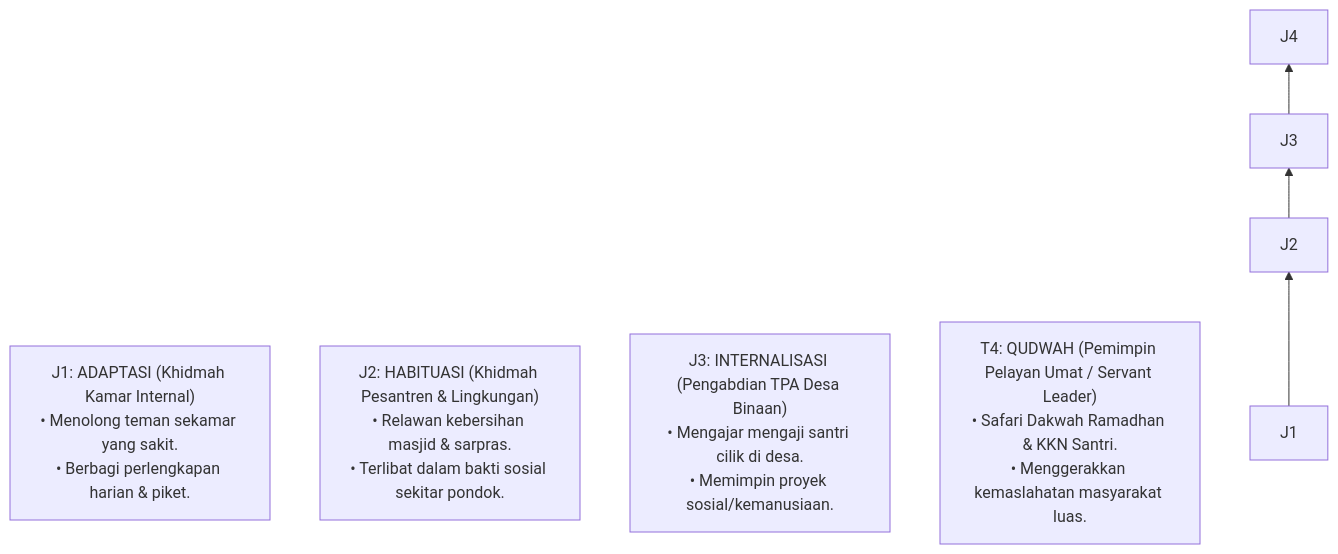
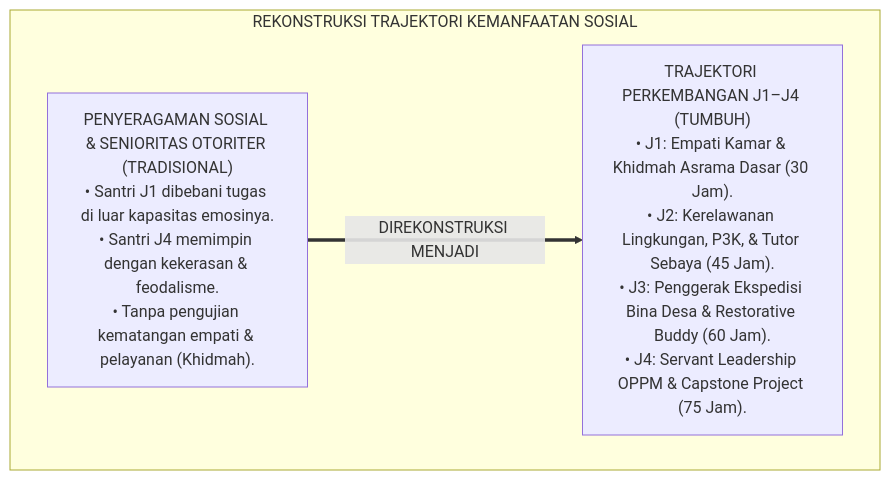
Before and after one commit to wandiapriliyandi/tumbuh: the first of 6 diagrams in 03 Capacity Framework/13 Nafi'un Lighairih/P3-13-08-Tahapan-Perkembangan-Jenjang-J1-J4.md, drawn with Mermaid. The commit also changed other lines of this file and 14 other files, not shown here.

````diff
--- a/03 Capacity Framework/13 Nafi'un Lighairih/P3-13-08-Tahapan-Perkembangan-Jenjang-J1-J4.md
+++ b/03 Capacity Framework/13 Nafi'un Lighairih/P3-13-08-Tahapan-Perkembangan-Jenjang-J1-J4.md
@@ -10,12 +57,10 @@
 ```mermaid
-graph BT
-    T1["J1: ADAPTASI (Khidmah Kamar Internal)<br/>• Menolong teman sekamar yang sakit.<br/>• Berbagi perlengkapan harian & piket."]
-    
-    T2["J2: HABITUASI (Khidmah Pesantren & Lingkungan)<br/>• Relawan kebersihan masjid & sarpras.<br/>• Terlibat dalam bakti sosial sekitar pondok."]
-    
-    T3["J3: INTERNALISASI (Pengabdian TPA Desa Binaan)<br/>• Mengajar mengaji santri cilik di desa.<br/>• Memimpin proyek sosial/kemanusiaan."]
-    
-    T4["T4: QUDWAH (Pemimpin Pelayan Umat / Servant Leader)<br/>• Safari Dakwah Ramadhan & KKN Santri.<br/>• Menggerakkan kemaslahatan masyarakat luas."]
-
-    J1 --> J2 --> J3 --> J4
+flowchart TD
+    subgraph TransformasiTrajektoriKhidmah["REKONSTRUKSI TRAJEKTORI KEMANFAATAN SOSIAL"]
+        Seragam["PENYERAGAMAN SOSIAL & SENIORITAS OTORITER (TRADISIONAL)<br/>• Santri J1 dibebani tugas di luar kapasitas emosinya.<br/>• Santri J4 memimpin dengan kekerasan & feodalisme.<br/>• Tanpa pengujian kematangan empati & pelayanan (Khidmah)."]
+        
+        TUMBUH["TRAJEKTORI PERKEMBANGAN J1–J4 (TUMBUH)<br/>• J1: Empati Kamar & Khidmah Asrama Dasar (30 Jam).<br/>• J2: Kerelawanan Lingkungan, P3K, & Tutor Sebaya (45 Jam).<br/>• J3: Penggerak Ekspedisi Bina Desa & Restorative Buddy (60 Jam).<br/>• J4: Servant Leadership OPPM & Capstone Project (75 Jam)."]
+        
+        Seragam ==>|DIREKONSTRUKSI MENJADI| TUMBUH
+    end
 ```
````
